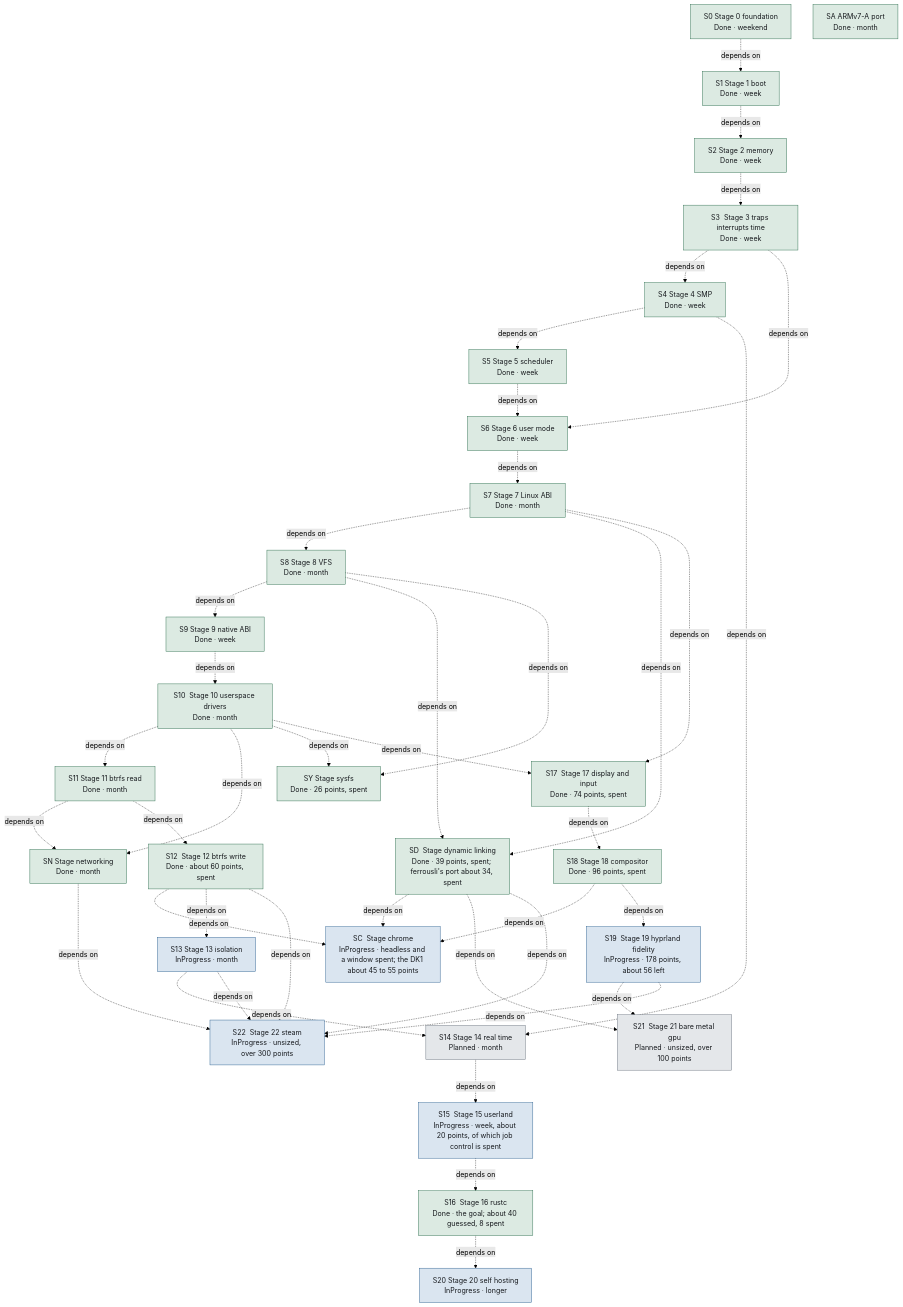
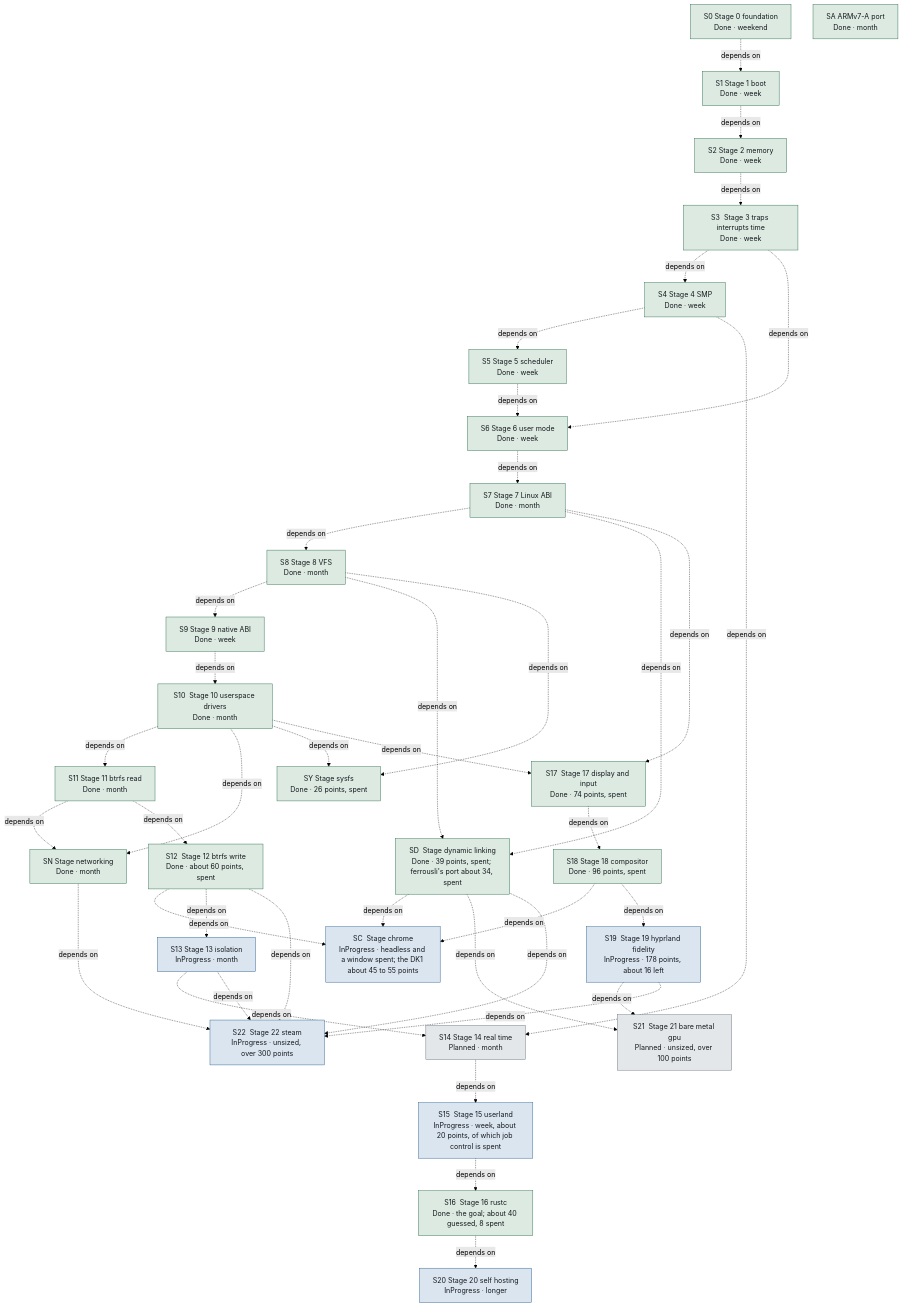
Diagram 17 of 20 in docs/generated/ARCHITECTURE.md (SetZero/ferrix), drawn with Mermaid (forest theme) before and after one commit. The commit also changed other lines of this file and 12 other files, not shown here.

````diff
--- a/docs/generated/ARCHITECTURE.md
+++ b/docs/generated/ARCHITECTURE.md
@@ -2992,76 +2992,76 @@
 ```mermaid
 flowchart TB
   n0_FerrixRoadmap_stage0Foundation["S0  Stage 0 foundation<br>Done · weekend"]
   n1_FerrixRoadmap_stage1Boot["S1  Stage 1 boot<br>Done · week"]
   n2_FerrixRoadmap_stage2Memory["S2  Stage 2 memory<br>Done · week"]
   n3_FerrixRoadmap_stage3TrapsInterruptsTime["S3  Stage 3 traps interrupts time<br>Done · week"]
   n4_FerrixRoadmap_stage4Smp["S4  Stage 4 SMP<br>Done · week"]
   n5_FerrixRoadmap_armv7aPort["SA  ARMv7-A port<br>Done · month"]
   n6_FerrixRoadmap_stage5Scheduler["S5  Stage 5 scheduler<br>Done · week"]
   n7_FerrixRoadmap_stage6UserMode["S6  Stage 6 user mode<br>Done · week"]
   n8_FerrixRoadmap_stage7LinuxAbi["S7  Stage 7 Linux ABI<br>Done · month"]
   n9_FerrixRoadmap_stage8Vfs["S8  Stage 8 VFS<br>Done · month"]
   n10_FerrixRoadmap_stage9NativeAbi["S9  Stage 9 native ABI<br>Done · week"]
   n11_FerrixRoadmap_stage10UserspaceDrivers["S10  Stage 10 userspace drivers<br>Done · month"]
   n12_FerrixRoadmap_stage11BtrfsRead["S11  Stage 11 btrfs read<br>Done · month"]
   n13_FerrixRoadmap_stageNetworking["SN  Stage networking<br>Done · month"]
   n14_FerrixRoadmap_stageDynamicLinking["SD  Stage dynamic linking<br>Done · 39 points, spent; ferrousli's port about 34, spent"]
   n15_FerrixRoadmap_stageSysfs["SY  Stage sysfs<br>Done · 26 points, spent"]
   n16_FerrixRoadmap_stageChrome["SC  Stage chrome<br>InProgress · headless and a window spent; the DK1 about 45 to 55 points"]
   n17_FerrixRoadmap_stage12BtrfsWrite["S12  Stage 12 btrfs write<br>Done · about 60 points, spent"]
   n18_FerrixRoadmap_stage13Isolation["S13  Stage 13 isolation<br>InProgress · month"]
   n19_FerrixRoadmap_stage14RealTime["S14  Stage 14 real time<br>Planned · month"]
   n20_FerrixRoadmap_stage15Userland["S15  Stage 15 userland<br>InProgress · week, about 20 points, of which job control is spent"]
   n21_FerrixRoadmap_stage16Rustc["S16  Stage 16 rustc<br>Done · the goal; about 40 guessed, 8 spent"]
   n22_FerrixRoadmap_stage17DisplayAndInput["S17  Stage 17 display and input<br>Done · 74 points, spent"]
   n23_FerrixRoadmap_stage18Compositor["S18  Stage 18 compositor<br>Done · 96 points, spent"]
-  n24_FerrixRoadmap_stage19HyprlandFidelity["S19  Stage 19 hyprland fidelity<br>InProgress · 178 points, about 56 left"]
+  n24_FerrixRoadmap_stage19HyprlandFidelity["S19  Stage 19 hyprland fidelity<br>InProgress · 178 points, about 16 left"]
   n25_FerrixRoadmap_stage21BareMetalGpu["S21  Stage 21 bare metal gpu<br>Planned · unsized, over 100 points"]
   n26_FerrixRoadmap_stage22Steam["S22  Stage 22 steam<br>InProgress · unsized, over 300 points"]
   n27_FerrixRoadmap_stage20SelfHosting["S20  Stage 20 self hosting<br>InProgress · longer"]
   n0_FerrixRoadmap_stage0Foundation -. "depends on" .-> n1_FerrixRoadmap_stage1Boot
   n1_FerrixRoadmap_stage1Boot -. "depends on" .-> n2_FerrixRoadmap_stage2Memory
   n2_FerrixRoadmap_stage2Memory -. "depends on" .-> n3_FerrixRoadmap_stage3TrapsInterruptsTime
   n3_FerrixRoadmap_stage3TrapsInterruptsTime -. "depends on" .-> n4_FerrixRoadmap_stage4Smp
   n4_FerrixRoadmap_stage4Smp -. "depends on" .-> n6_FerrixRoadmap_stage5Scheduler
   n6_FerrixRoadmap_stage5Scheduler -. "depends on" .-> n7_FerrixRoadmap_stage6UserMode
   n3_FerrixRoadmap_stage3TrapsInterruptsTime -. "depends on" .-> n7_FerrixRoadmap_stage6UserMode
   n7_FerrixRoadmap_stage6UserMode -. "depends on" .-> n8_FerrixRoadmap_stage7LinuxAbi
   n8_FerrixRoadmap_stage7LinuxAbi -. "depends on" .-> n9_FerrixRoadmap_stage8Vfs
   n9_FerrixRoadmap_stage8Vfs -. "depends on" .-> n10_FerrixRoadmap_stage9NativeAbi
   n10_FerrixRoadmap_stage9NativeAbi -. "depends on" .-> n11_FerrixRoadmap_stage10UserspaceDrivers
   n11_FerrixRoadmap_stage10UserspaceDrivers -. "depends on" .-> n12_FerrixRoadmap_stage11BtrfsRead
   n12_FerrixRoadmap_stage11BtrfsRead -. "depends on" .-> n13_FerrixRoadmap_stageNetworking
   n11_FerrixRoadmap_stage10UserspaceDrivers -. "depends on" .-> n13_FerrixRoadmap_stageNetworking
   n9_FerrixRoadmap_stage8Vfs -. "depends on" .-> n14_FerrixRoadmap_stageDynamicLinking
   n8_FerrixRoadmap_stage7LinuxAbi -. "depends on" .-> n14_FerrixRoadmap_stageDynamicLinking
   n9_FerrixRoadmap_stage8Vfs -. "depends on" .-> n15_FerrixRoadmap_stageSysfs
   n11_FerrixRoadmap_stage10UserspaceDrivers -. "depends on" .-> n15_FerrixRoadmap_stageSysfs
   n14_FerrixRoadmap_stageDynamicLinking -. "depends on" .-> n16_FerrixRoadmap_stageChrome
   n17_FerrixRoadmap_stage12BtrfsWrite -. "depends on" .-> n16_FerrixRoadmap_stageChrome
   n23_FerrixRoadmap_stage18Compositor -. "depends on" .-> n16_FerrixRoadmap_stageChrome
   n12_FerrixRoadmap_stage11BtrfsRead -. "depends on" .-> n17_FerrixRoadmap_stage12BtrfsWrite
   n17_FerrixRoadmap_stage12BtrfsWrite -. "depends on" .-> n18_FerrixRoadmap_stage13Isolation
   n18_FerrixRoadmap_stage13Isolation -. "depends on" .-> n19_FerrixRoadmap_stage14RealTime
   n4_FerrixRoadmap_stage4Smp -. "depends on" .-> n19_FerrixRoadmap_stage14RealTime
   n19_FerrixRoadmap_stage14RealTime -. "depends on" .-> n20_FerrixRoadmap_stage15Userland
   n20_FerrixRoadmap_stage15Userland -. "depends on" .-> n21_FerrixRoadmap_stage16Rustc
   n11_FerrixRoadmap_stage10UserspaceDrivers -. "depends on" .-> n22_FerrixRoadmap_stage17DisplayAndInput
   n8_FerrixRoadmap_stage7LinuxAbi -. "depends on" .-> n22_FerrixRoadmap_stage17DisplayAndInput
   n22_FerrixRoadmap_stage17DisplayAndInput -. "depends on" .-> n23_FerrixRoadmap_stage18Compositor
   n23_FerrixRoadmap_stage18Compositor -. "depends on" .-> n24_FerrixRoadmap_stage19HyprlandFidelity
   n21_FerrixRoadmap_stage16Rustc -. "depends on" .-> n27_FerrixRoadmap_stage20SelfHosting
   n24_FerrixRoadmap_stage19HyprlandFidelity -. "depends on" .-> n25_FerrixRoadmap_stage21BareMetalGpu
   n14_FerrixRoadmap_stageDynamicLinking -. "depends on" .-> n25_FerrixRoadmap_stage21BareMetalGpu
   n24_FerrixRoadmap_stage19HyprlandFidelity -. "depends on" .-> n26_FerrixRoadmap_stage22Steam
   n14_FerrixRoadmap_stageDynamicLinking -. "depends on" .-> n26_FerrixRoadmap_stage22Steam
   n17_FerrixRoadmap_stage12BtrfsWrite -. "depends on" .-> n26_FerrixRoadmap_stage22Steam
   n18_FerrixRoadmap_stage13Isolation -. "depends on" .-> n26_FerrixRoadmap_stage22Steam
   n13_FerrixRoadmap_stageNetworking -. "depends on" .-> n26_FerrixRoadmap_stage22Steam
   classDef implemented fill:#dceae2,stroke:#2c6e4e,color:#16191d
   classDef inProgress fill:#dae5f0,stroke:#2a5f8f,color:#16191d
   classDef planned fill:#e4e7ea,stroke:#6a737e,color:#16191d
   class n0_FerrixRoadmap_stage0Foundation,n1_FerrixRoadmap_stage1Boot,n2_FerrixRoadmap_stage2Memory,n3_FerrixRoadmap_stage3TrapsInterruptsTime,n4_FerrixRoadmap_stage4Smp,n5_FerrixRoadmap_armv7aPort,n6_FerrixRoadmap_stage5Scheduler,n7_FerrixRoadmap_stage6UserMode,n8_FerrixRoadmap_stage7LinuxAbi,n9_FerrixRoadmap_stage8Vfs,n10_FerrixRoadmap_stage9NativeAbi,n11_FerrixRoadmap_stage10UserspaceDrivers,n12_FerrixRoadmap_stage11BtrfsRead,n13_FerrixRoadmap_stageNetworking,n14_FerrixRoadmap_stageDynamicLinking,n15_FerrixRoadmap_stageSysfs,n17_FerrixRoadmap_stage12BtrfsWrite,n21_FerrixRoadmap_stage16Rustc,n22_FerrixRoadmap_stage17DisplayAndInput,n23_FerrixRoadmap_stage18Compositor implemented
   class n16_FerrixRoadmap_stageChrome,n18_FerrixRoadmap_stage13Isolation,n20_FerrixRoadmap_stage15Userland,n24_FerrixRoadmap_stage19HyprlandFidelity,n26_FerrixRoadmap_stage22Steam,n27_FerrixRoadmap_stage20SelfHosting inProgress
   class n19_FerrixRoadmap_stage14RealTime,n25_FerrixRoadmap_stage21BareMetalGpu planned
 ```
````
